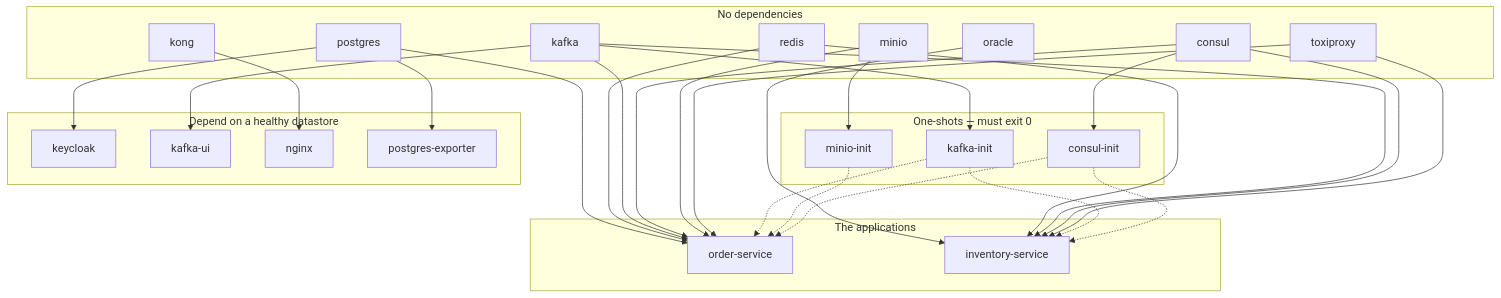
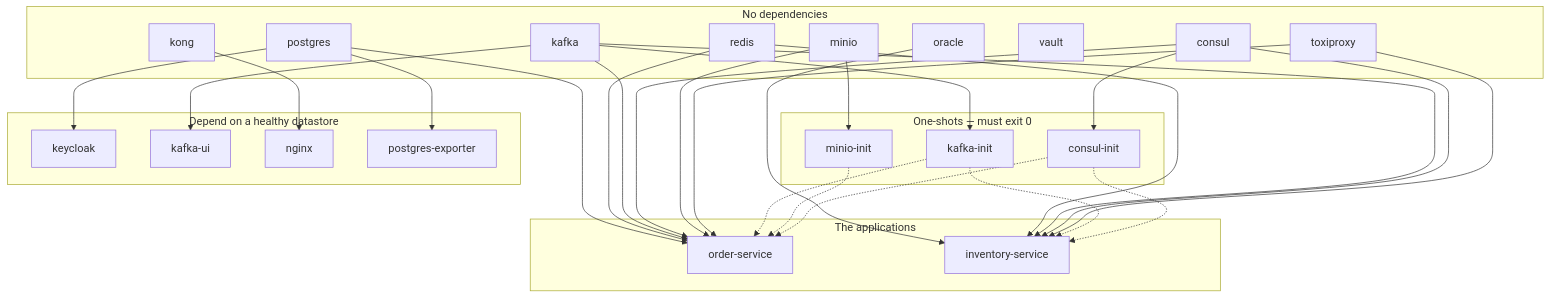
One commit to minhvuongvu/observability-lab-parent changed the fourth of 7 diagrams in docs/InfrastructureDiagram.md. Above: the diagram before and after it, drawn with Mermaid. The commit also changed other lines of this file and 44 other files, not shown here.

````diff
--- a/docs/InfrastructureDiagram.md
+++ b/docs/InfrastructureDiagram.md
@@ -316,57 +318,58 @@
 ```mermaid
 flowchart TB
     subgraph L0["No dependencies"]
         PG[postgres]
         OR[oracle]
         KA[kafka]
         RE[redis]
         MI[minio]
         CO[consul]
+        VA[vault]
         TX[toxiproxy]
         KONG[kong]
     end
 
     subgraph L1["One-shots — must exit 0"]
         KI[kafka-init]
         MII[minio-init]
         CI[consul-init]
     end
 
     subgraph L2["Depend on a healthy datastore"]
         KC[keycloak]
         KUI[kafka-ui]
         NG[nginx]
         PE[postgres-exporter]
     end
 
     subgraph L3["The applications"]
         OS[order-service]
         IS[inventory-service]
     end
 
     KA --> KI
     MI --> MII
     CO --> CI
     PG --> KC
     PG --> PE
     KA --> KUI
     KONG --> NG
 
     PG --> OS
     RE --> OS
     KA --> OS
     CO --> OS
     MI --> OS
     TX --> OS
     KI -.-> OS
     MII -.-> OS
     CI -.-> OS
 
     OR --> IS
     RE --> IS
     KA --> IS
     CO --> IS
     TX --> IS
     KI -.-> IS
     CI -.-> IS
 ```
````
